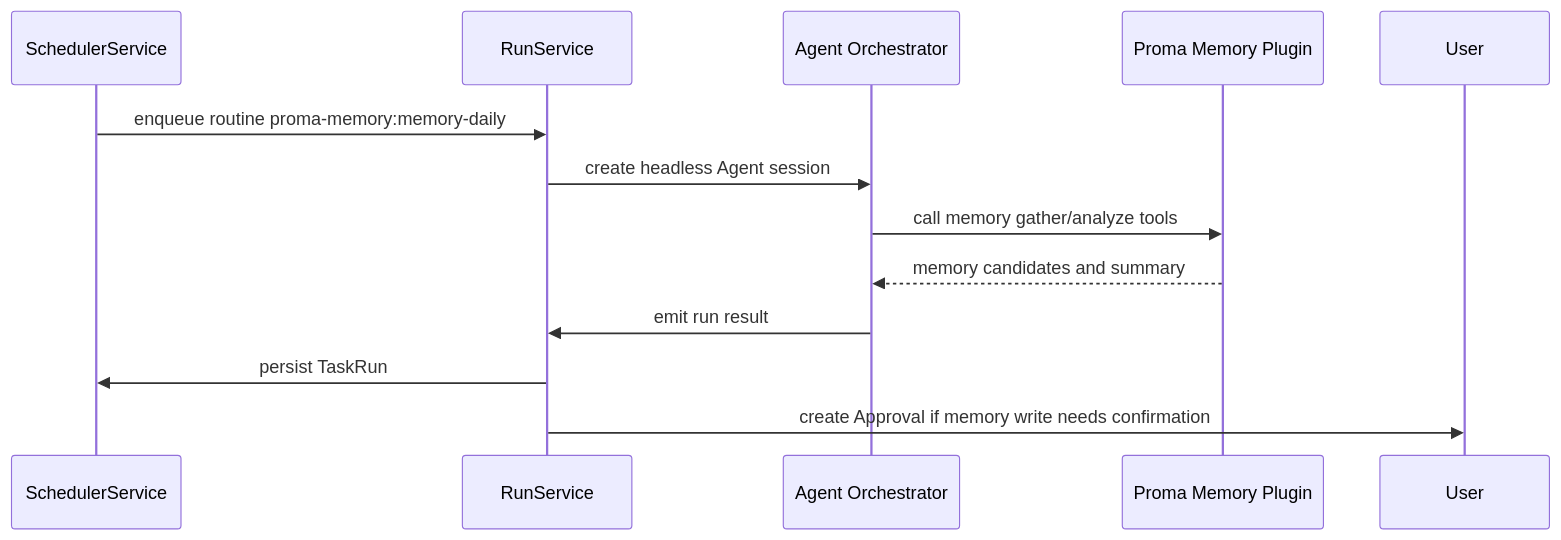
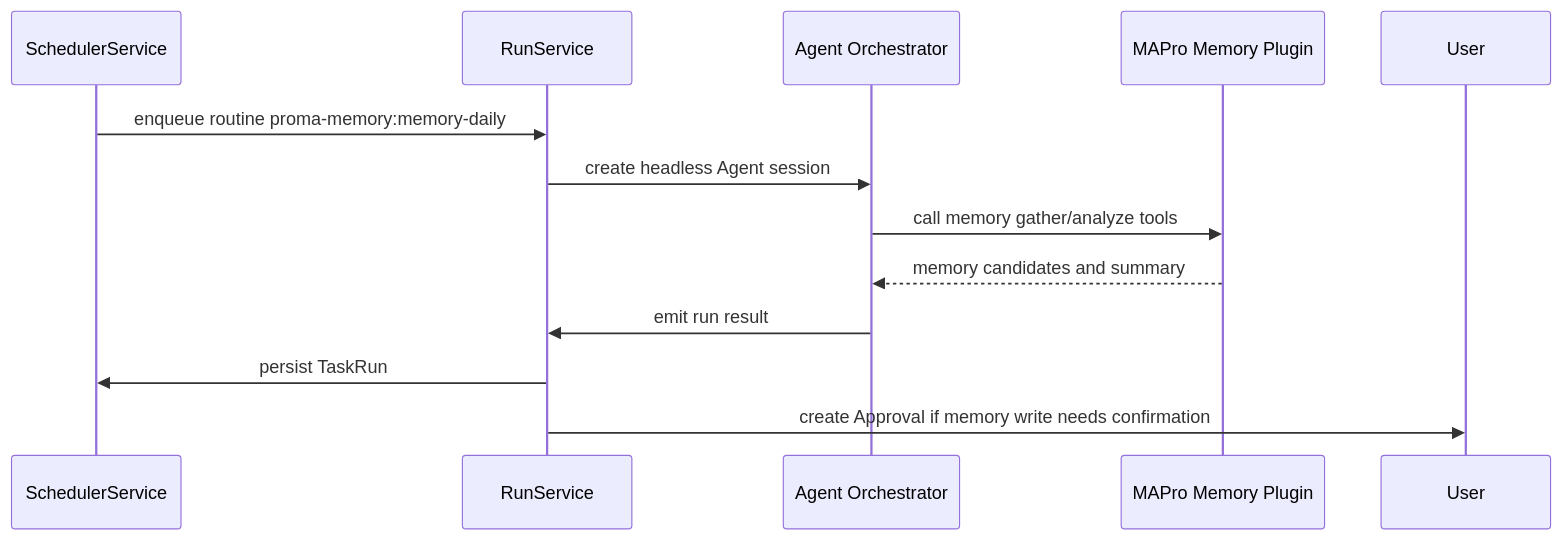
One commit to andrewchay/mapro changed the third of 3 diagrams in docs/proactive-scheduler-monitor-design.md. Above: the diagram before and after it, drawn with Mermaid. The commit also changed other lines of this file and 209 other files, not shown here.

````diff
--- a/docs/proactive-scheduler-monitor-design.md
+++ b/docs/proactive-scheduler-monitor-design.md
@@ -734,16 +734,16 @@
 ```mermaid
 sequenceDiagram
   participant S as SchedulerService
   participant R as RunService
   participant A as Agent Orchestrator
-  participant P as Proma Memory Plugin
+  participant P as MAPro Memory Plugin
   participant U as User
 
   S->>R: enqueue routine proma-memory:memory-daily
   R->>A: create headless Agent session
   A->>P: call memory gather/analyze tools
   P-->>A: memory candidates and summary
   A->>R: emit run result
   R->>S: persist TaskRun
   R->>U: create Approval if memory write needs confirmation
 ```
````
